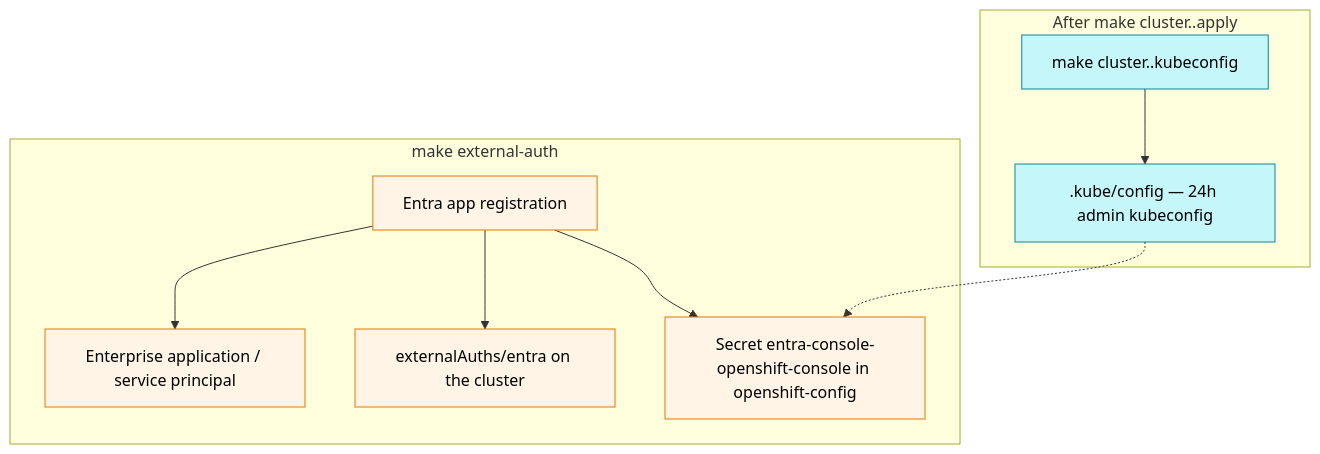
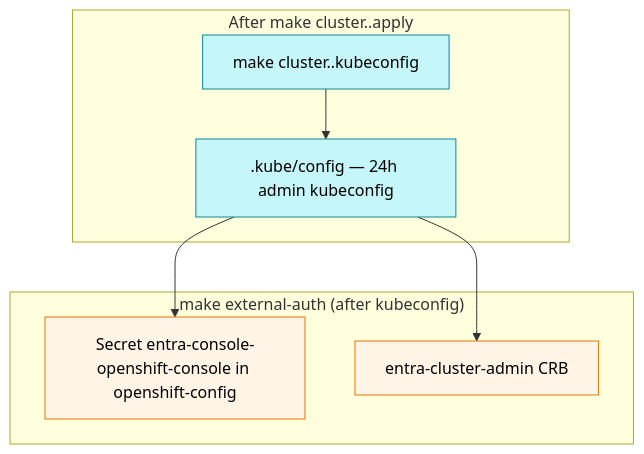
Before and after one commit to rh-mobb/aro-hcp: the ninth of 13 diagrams in docs/architecture.md, drawn with Mermaid. The commit also changed other lines of this file and 26 other files, not shown here.

First line of the commit message:
feat(entra): provision OIDC app and externalAuths in Terraform

````diff
--- a/docs/architecture.md
+++ b/docs/architecture.md
@@ -702,25 +702,21 @@
 ```mermaid
 flowchart TB
     subgraph required["After make cluster.<name>.apply"]
         cred["make cluster.<name>.kubeconfig"]
         kube[".kube/config — 24h admin kubeconfig"]
         cred --> kube
     end
 
-    subgraph optional["make external-auth"]
-        app["Entra app registration"]
-        sp["Enterprise application / service principal"]
-        ext["externalAuths/entra on the cluster"]
+    subgraph optional["make external-auth (after kubeconfig)"]
         secret["Secret entra-console-openshift-console in openshift-config"]
-        app --> sp
-        app --> ext
-        app --> secret
+        crb["entra-cluster-admin CRB"]
     end
 
-    kube -.-> secret
+    kube --> secret
+    kube --> crb
 
     classDef req fill:#c5f6fa,stroke:#0c8599,color:#000
     classDef opt fill:#fff4e6,stroke:#e67700,color:#000
     class cred,kube req
-    class app,sp,ext,secret opt
+    class secret,crb opt
 ```
````
